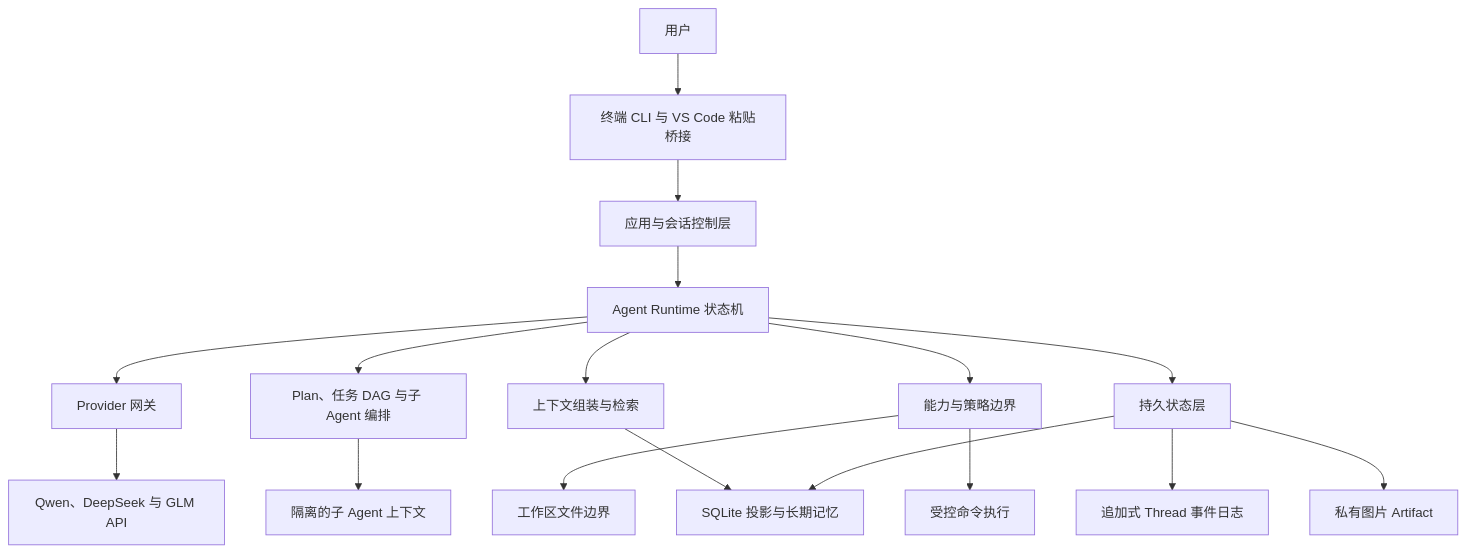
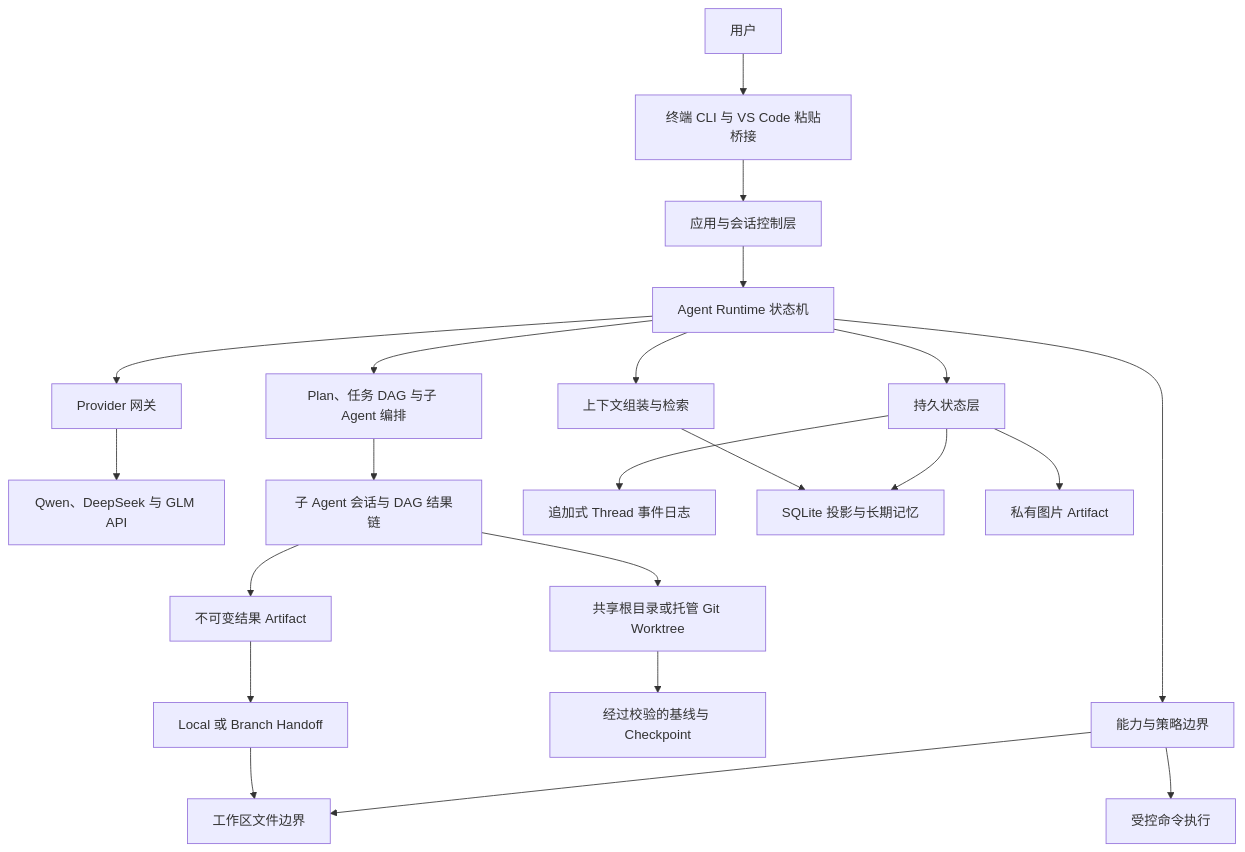
The first of 2 diagrams in docs/TECHNICAL_DESIGN_ZH.md (dd1000001000/EASY_CODE), drawn with Mermaid before and after one commit. The commit also changed other lines of this file and 32 other files, not shown here.

````diff
--- a/docs/TECHNICAL_DESIGN_ZH.md
+++ b/docs/TECHNICAL_DESIGN_ZH.md
@@ -25,22 +25,27 @@
 ```mermaid
 flowchart TB
     User[用户] --> UI[终端 CLI 与 VS Code 粘贴桥接]
     UI --> App[应用与会话控制层]
     App --> Runtime[Agent Runtime 状态机]
 
     Runtime --> Provider[Provider 网关]
     Runtime --> Context[上下文组装与检索]
     Runtime --> Orchestration[Plan、任务 DAG 与子 Agent 编排]
     Runtime --> Capabilities[能力与策略边界]
 
     Provider --> APIs[Qwen、DeepSeek 与 GLM API]
     Capabilities --> Workspace[工作区文件边界]
     Capabilities --> Commands[受控命令执行]
-    Orchestration --> Children[隔离的子 Agent 上下文]
+    Orchestration --> Children[子 Agent 会话与 DAG 结果链]
+    Children --> Environments[共享根目录或托管 Git Worktree]
+    Environments --> Snapshots[经过校验的基线与 Checkpoint]
+    Children --> Results[不可变结果 Artifact]
+    Results --> Handoff[Local 或 Branch Handoff]
+    Handoff --> Workspace
 
     Runtime --> State[持久状态层]
     State --> Journal[追加式 Thread 事件日志]
     State --> Database[SQLite 投影与长期记忆]
     State --> Artifacts[私有图片 Artifact]
     Context --> Database
 ```
````
